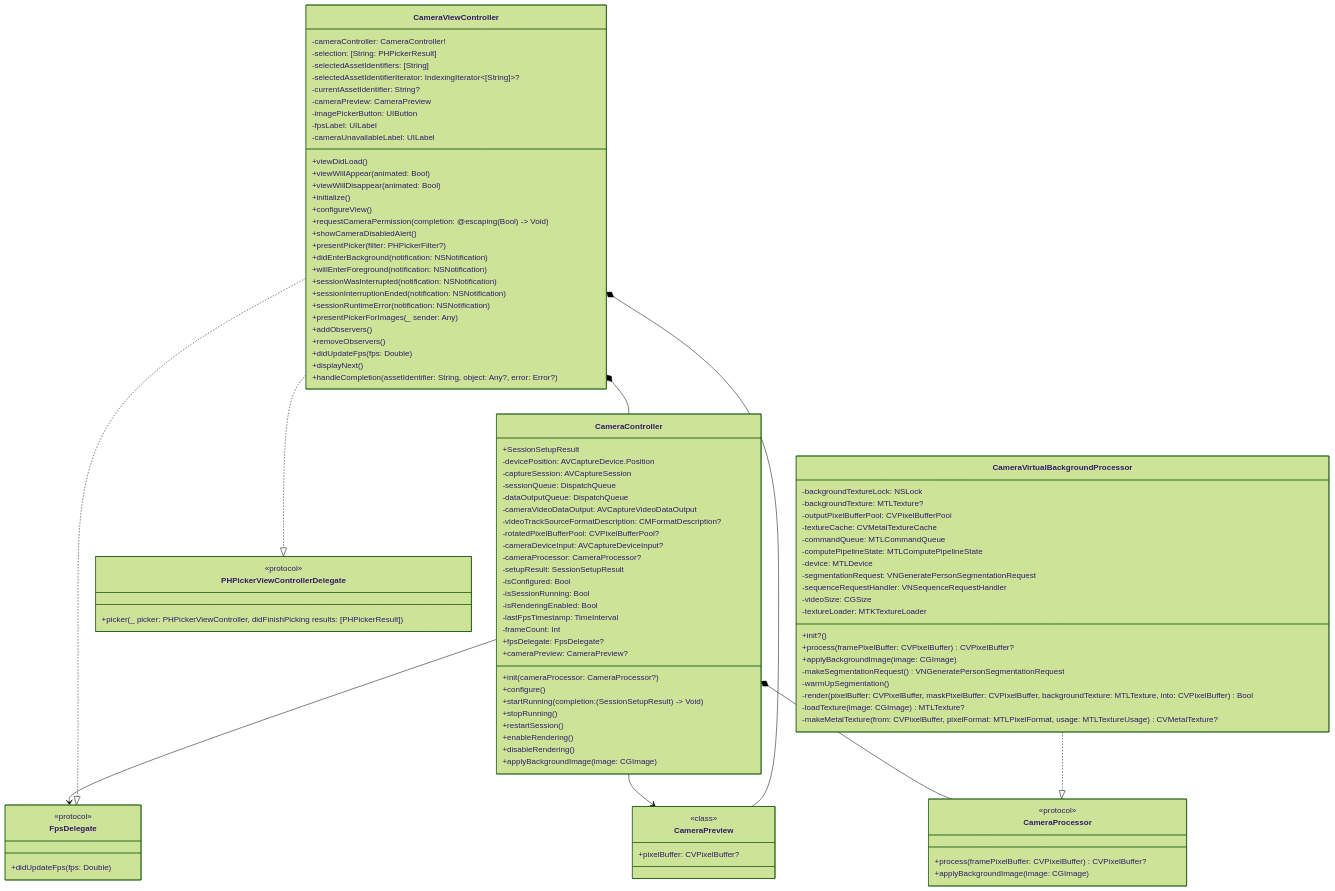
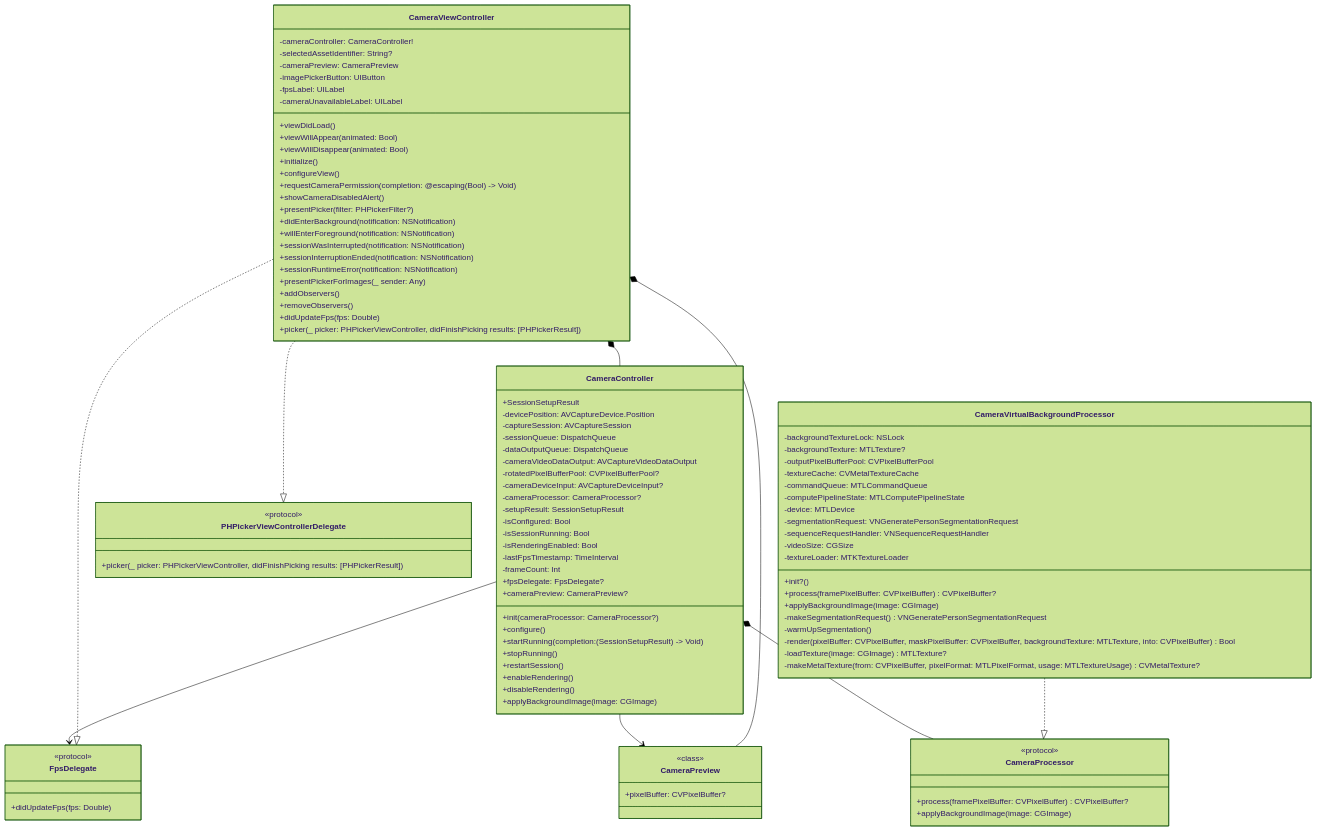
The diagram in data/readmes/ochornenko__virtual-background-ios.md (zqf20096327/ai_collect), drawn with Mermaid (forest theme) before and after one commit. The commit also changed other lines of this file and 2134 other files, not shown here.

```diff
--- a/data/readmes/ochornenko__virtual-background-ios.md
+++ b/data/readmes/ochornenko__virtual-background-ios.md
@@ -24,7 +24,6 @@
         -sessionQueue: DispatchQueue
         -dataOutputQueue: DispatchQueue
         -cameraVideoDataOutput: AVCaptureVideoDataOutput
-        -videoTrackSourceFormatDescription: CMFormatDescription?
         -rotatedPixelBufferPool: CVPixelBufferPool?
         -cameraDeviceInput: AVCaptureDeviceInput?
         -cameraProcessor: CameraProcessor?
@@ -91,10 +90,7 @@
 
     class CameraViewController {
         -cameraController: CameraController!
-        -selection: [String: PHPickerResult]
-        -selectedAssetIdentifiers: [String]
-        -selectedAssetIdentifierIterator: IndexingIterator<[String]>?
-        -currentAssetIdentifier: String?
+        -selectedAssetIdentifier: String?
         -cameraPreview: CameraPreview
         -imagePickerButton: UIButton
         -fpsLabel: UILabel
@@ -116,8 +112,7 @@
         +addObservers()
         +removeObservers()
         +didUpdateFps(fps: Double)
-        +displayNext()
-        +handleCompletion(assetIdentifier: String, object: Any?, error: Error?)
+        +picker(_ picker: PHPickerViewController, didFinishPicking results: [PHPickerResult])
     }
 
     CameraController --> FpsDelegate
```
